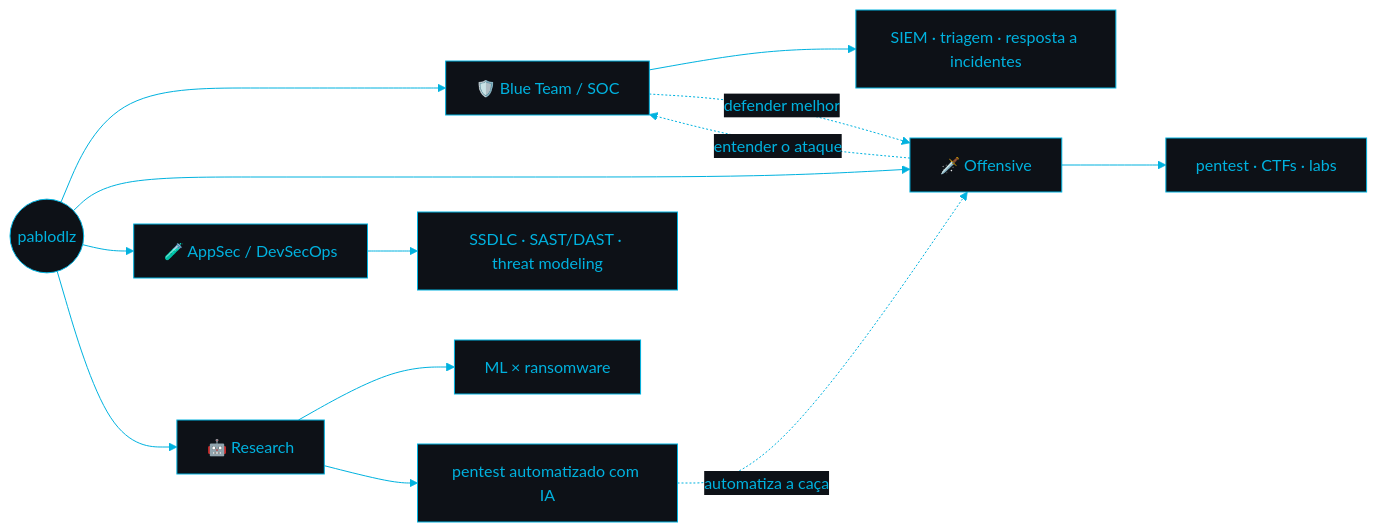
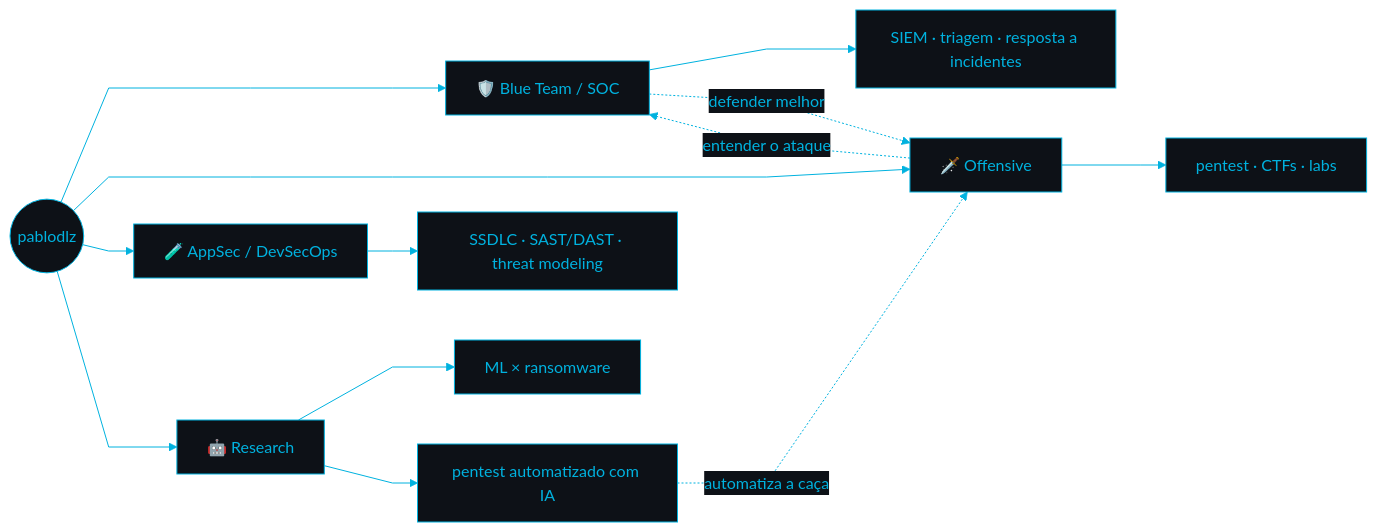
The diagram in README.md (pablodlz/pablodlz), drawn with Mermaid before and after one commit.

Commit message:
readme: linhas retas no roadmap (flowchart curve: linear)

````diff
--- a/README.md
+++ b/README.md
@@ -69,16 +69,16 @@
 ```mermaid
-%%{init: {'theme':'base','themeVariables':{'primaryColor':'#0d1117','primaryTextColor':'#00B2DF','primaryBorderColor':'#00B2DF','lineColor':'#00B2DF','secondaryColor':'#0d1117','tertiaryColor':'#0d1117','fontFamily':'monospace'}}}%%
+%%{init: {'theme':'base','themeVariables':{'primaryColor':'#0d1117','primaryTextColor':'#00B2DF','primaryBorderColor':'#00B2DF','lineColor':'#00B2DF','secondaryColor':'#0d1117','tertiaryColor':'#0d1117','fontFamily':'monospace'},'flowchart':{'curve':'linear'}}}%%
 flowchart LR
   P(("pablodlz")) --> B["🛡️ Blue Team / SOC"]
   P --> R["🗡️ Offensive"]
   P --> A["🧪 AppSec / DevSecOps"]
   P --> M["🤖 Research"]
   B --> B1["SIEM · triagem · resposta a incidentes"]
   R --> R1["pentest · CTFs · labs"]
   A --> A1["SSDLC · SAST/DAST · threat modeling"]
   M --> M1["ML × ransomware"]
   M --> M2["pentest automatizado com IA"]
   R -. "entender o ataque" .-> B
   B -. "defender melhor" .-> R
   M2 -. "automatiza a caça" .-> R
 ```
````
